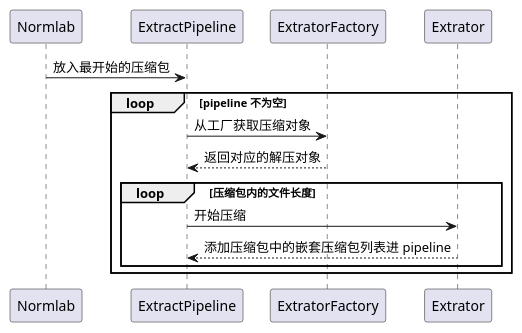
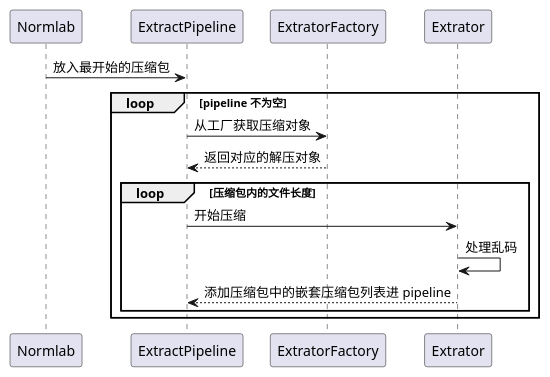
The diagram in doc/extrator.puml (lixiao189/NormLab), drawn with PlantUML before and after one commit.

Commit message:
Update 乱码处理

```diff
--- a/doc/extrator.puml
+++ b/doc/extrator.puml
@@ -1,11 +1,12 @@
 @startuml extrator
 Normlab -> ExtractPipeline: 放入最开始的压缩包
 loop pipeline 不为空
 ExtractPipeline -> ExtratorFactory: 从工厂获取压缩对象
 ExtratorFactory --> ExtractPipeline: 返回对应的解压对象
 loop 压缩包内的文件长度
 ExtractPipeline -> Extrator: 开始压缩
+Extrator -> Extrator: 处理乱码
 Extrator --> ExtractPipeline: 添加压缩包中的嵌套压缩包列表进 pipeline
 end
 end
 @enduml
```
